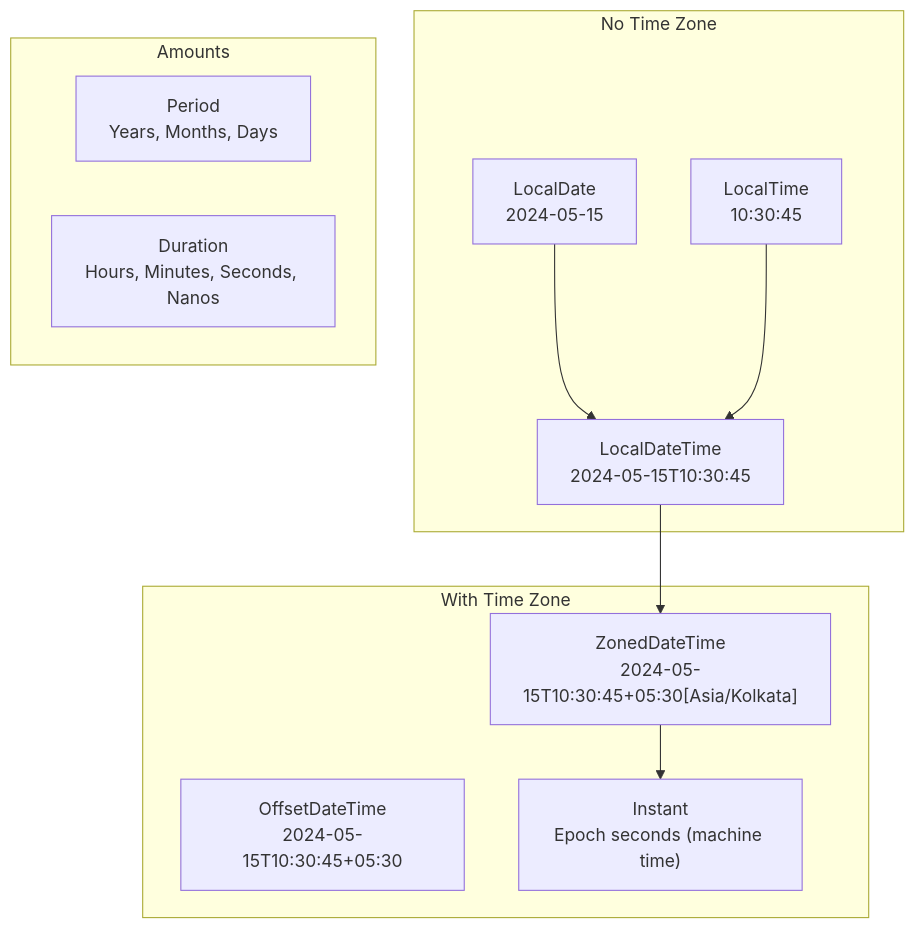
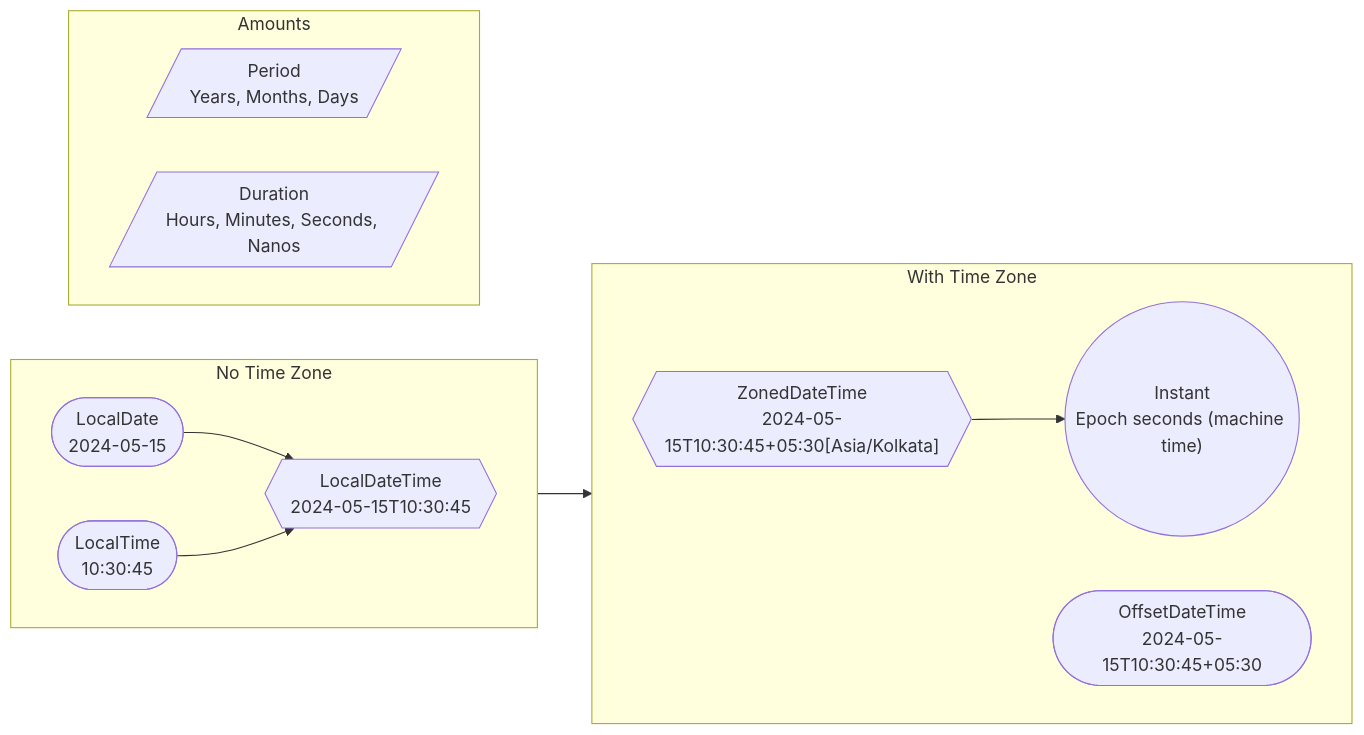
Before and after one commit to saivamsikaruturi/vamsilabs-dev-notes-main: the diagram in docs/java/DateTime.md, drawn with Mermaid. The commit also changed 146 other files, not shown here.

Commit message:
Horizontal diagrams, UML class diagrams, typography overhaul, and permalink cleanup

````diff
--- a/docs/java/DateTime.md
+++ b/docs/java/DateTime.md
@@ -34,24 +34,27 @@
 ```mermaid
-graph TD
+flowchart LR
     subgraph "No Time Zone"
-        LD["LocalDate<br/>2024-05-15"]
-        LT["LocalTime<br/>10:30:45"]
-        LDT["LocalDateTime<br/>2024-05-15T10:30:45"]
+        direction LR
+        LD(["LocalDate<br/>2024-05-15"])
+        LT(["LocalTime<br/>10:30:45"])
+        LDT{{"LocalDateTime<br/>2024-05-15T10:30:45"}}
     end
 
     subgraph "With Time Zone"
-        ZDT["ZonedDateTime<br/>2024-05-15T10:30:45+05:30[Asia/Kolkata]"]
-        ODT["OffsetDateTime<br/>2024-05-15T10:30:45+05:30"]
-        I["Instant<br/>Epoch seconds (machine time)"]
+        direction LR
+        ZDT{{"ZonedDateTime<br/>2024-05-15T10:30:45+05:30[Asia/Kolkata]"}}
+        ODT(["OffsetDateTime<br/>2024-05-15T10:30:45+05:30"])
+        I(("Instant<br/>Epoch seconds (machine time)"))
     end
 
     subgraph "Amounts"
-        P["Period<br/>Years, Months, Days"]
-        D["Duration<br/>Hours, Minutes, Seconds, Nanos"]
+        direction LR
+        P[/"Period<br/>Years, Months, Days"/]
+        D[/"Duration<br/>Hours, Minutes, Seconds, Nanos"/]
     end
 
     LD --> LDT
     LT --> LDT
     LDT --> ZDT
     ZDT --> I
 ```
````
